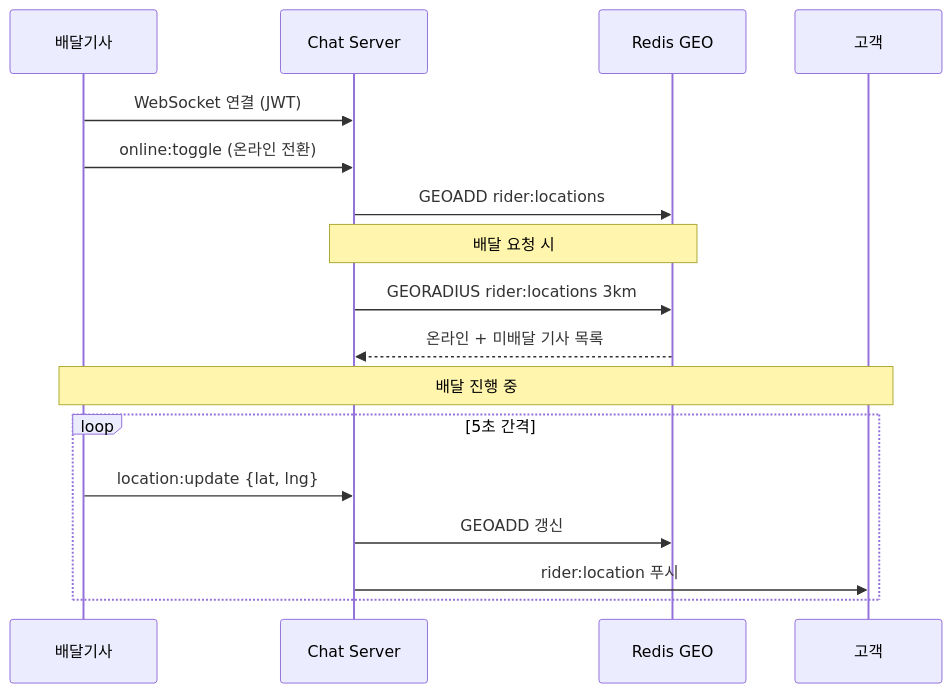
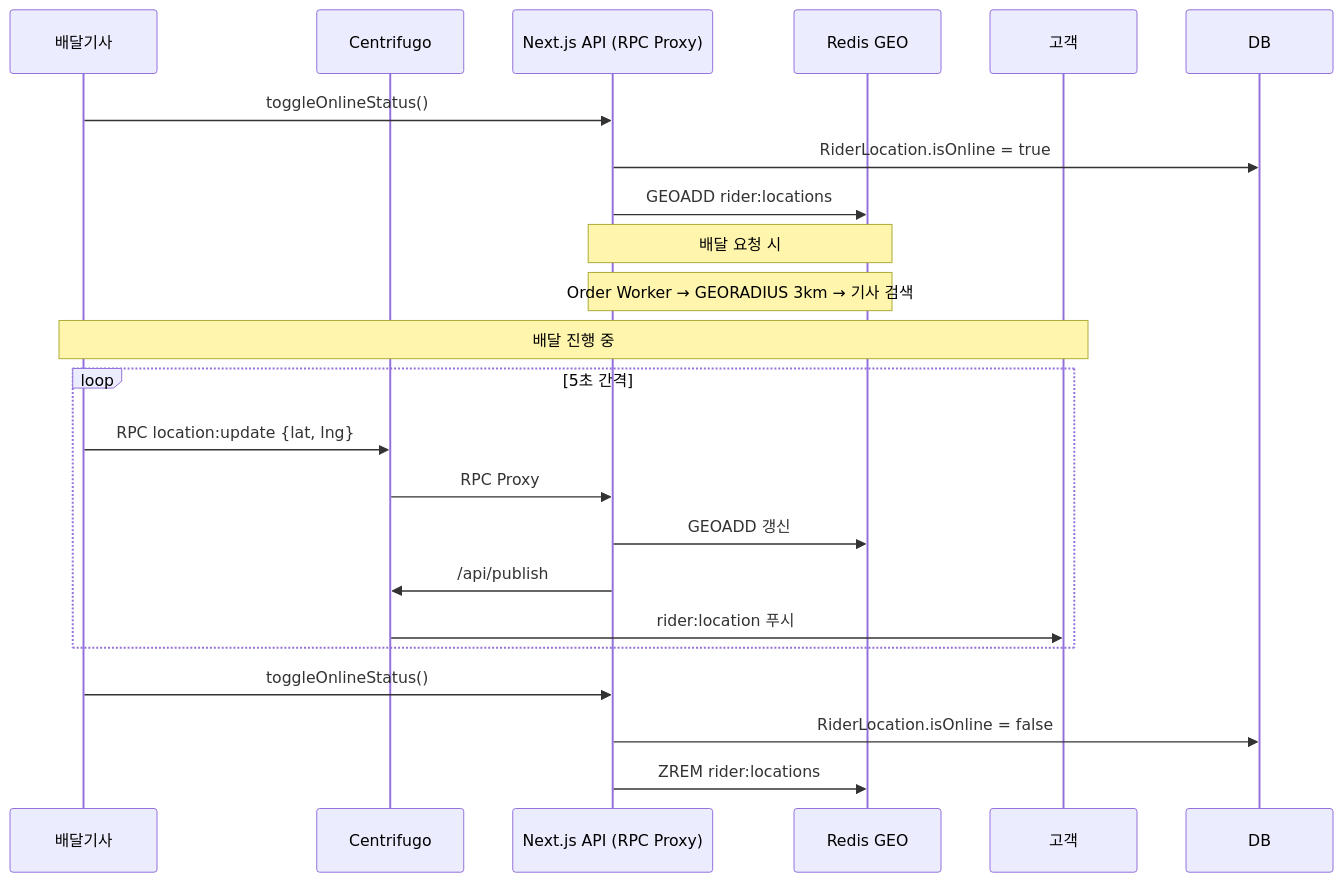
Before and after one commit to JunPyo0117/B-Delivery: the fifth of 6 diagrams in docs/architecture.md, drawn with Mermaid. The commit also changed other lines of this file, not shown here.

First line of the commit message:
WIP(arch): 아키텍처 v3 — Socket.IO → Centrifugo Proxy 패턴 전환

````diff
--- a/docs/architecture.md
+++ b/docs/architecture.md
@@ -115,22 +140,28 @@
 ```mermaid
 sequenceDiagram
     participant R as 배달기사
-    participant Chat as Chat Server
+    participant Centro as Centrifugo
+    participant API as Next.js API (RPC Proxy)
     participant Redis as Redis GEO
     participant C as 고객
 
-    R->>Chat: WebSocket 연결 (JWT)
-    R->>Chat: online:toggle (온라인 전환)
-    Chat->>Redis: GEOADD rider:locations
+    R->>API: toggleOnlineStatus()
+    API->>DB: RiderLocation.isOnline = true
+    API->>Redis: GEOADD rider:locations
 
-    Note over Chat,Redis: 배달 요청 시
-    Chat->>Redis: GEORADIUS rider:locations 3km
-    Redis-->>Chat: 온라인 + 미배달 기사 목록
+    Note over API,Redis: 배달 요청 시
+    Note over API,Redis: Order Worker → GEORADIUS 3km → 기사 검색
 
     Note over R,C: 배달 진행 중
     loop 5초 간격
-        R->>Chat: location:update {lat, lng}
-        Chat->>Redis: GEOADD 갱신
-        Chat->>C: rider:location 푸시
+        R->>Centro: RPC location:update {lat, lng}
+        Centro->>API: RPC Proxy
+        API->>Redis: GEOADD 갱신
+        API->>Centro: /api/publish
+        Centro->>C: rider:location 푸시
     end
+
+    R->>API: toggleOnlineStatus()
+    API->>DB: RiderLocation.isOnline = false
+    API->>Redis: ZREM rider:locations
 ```
````
